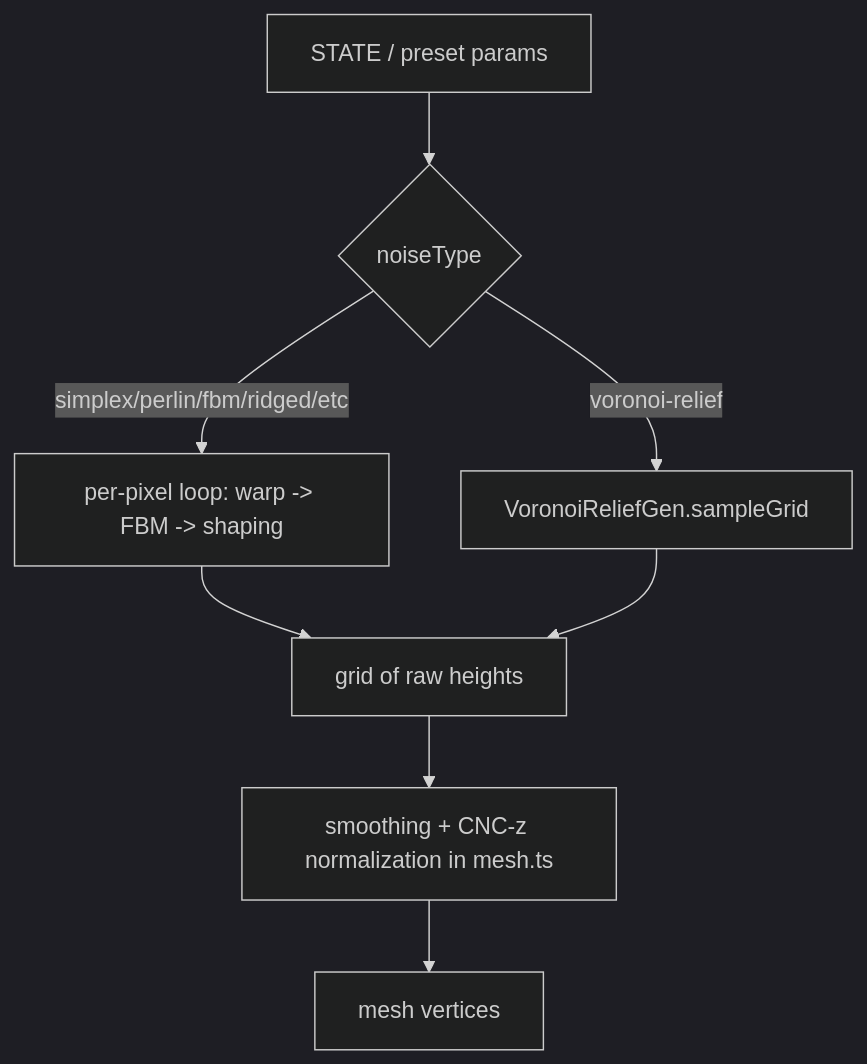
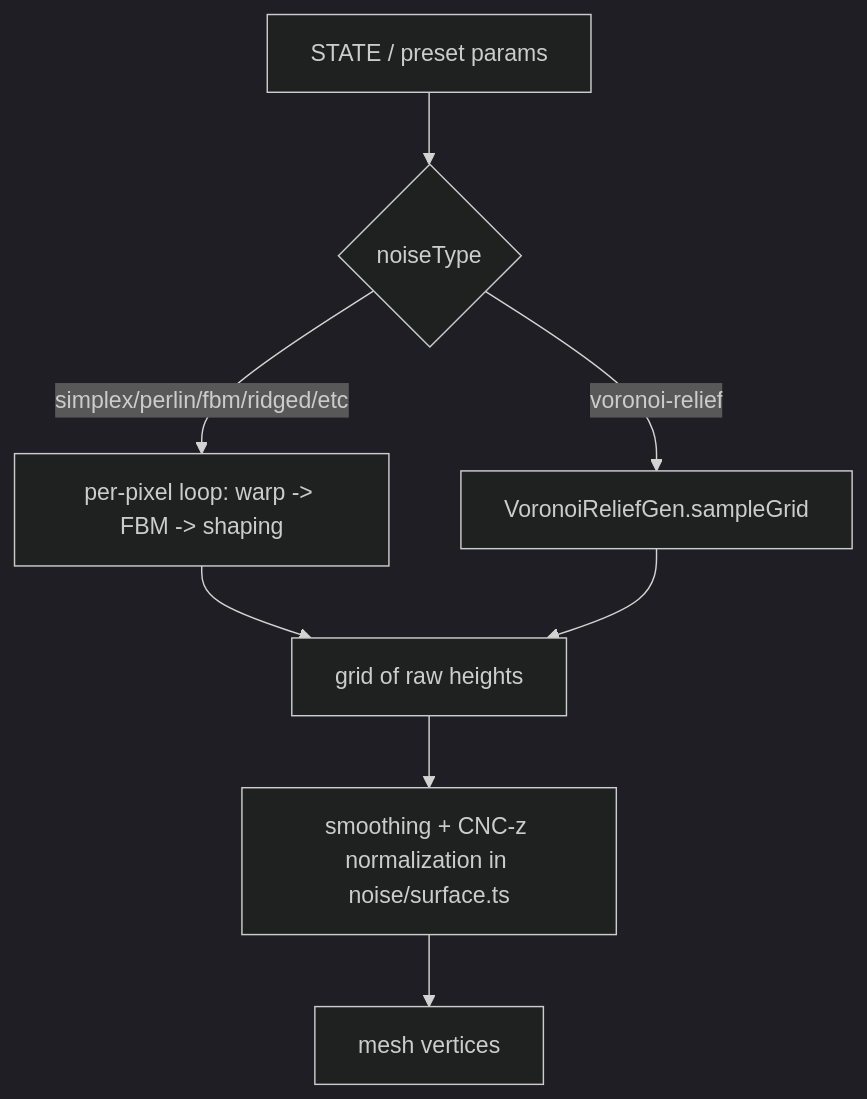
The diagram in CONTEXT/greptile/docs/noise-and-relief-system.md (nsaw/mesh-maker), drawn with Mermaid (dark theme) before and after one commit. The commit also changed other lines of this file and 25 other files, not shown here.

````diff
--- a/CONTEXT/greptile/docs/noise-and-relief-system.md
+++ b/CONTEXT/greptile/docs/noise-and-relief-system.md
@@ -11,10 +11,10 @@
 ```mermaid
 flowchart TD
   A[STATE / preset params] --> B{noiseType}
   B -->|simplex/perlin/fbm/ridged/etc| C[per-pixel loop: warp -> FBM -> shaping]
   B -->|voronoi-relief| D[VoronoiReliefGen.sampleGrid]
   C --> E[grid of raw heights]
   D --> E
-  E --> F[smoothing + CNC-z normalization in mesh.ts]
+  E --> F[smoothing + CNC-z normalization in noise/surface.ts]
   F --> G[mesh vertices]
 ```
````
